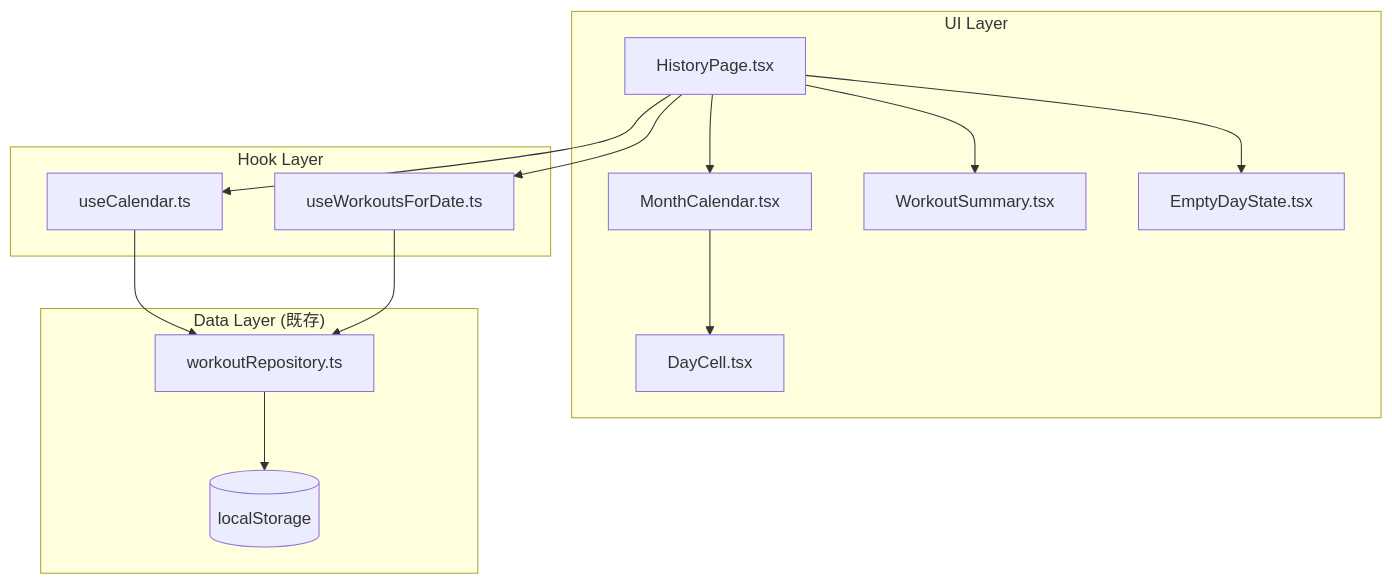
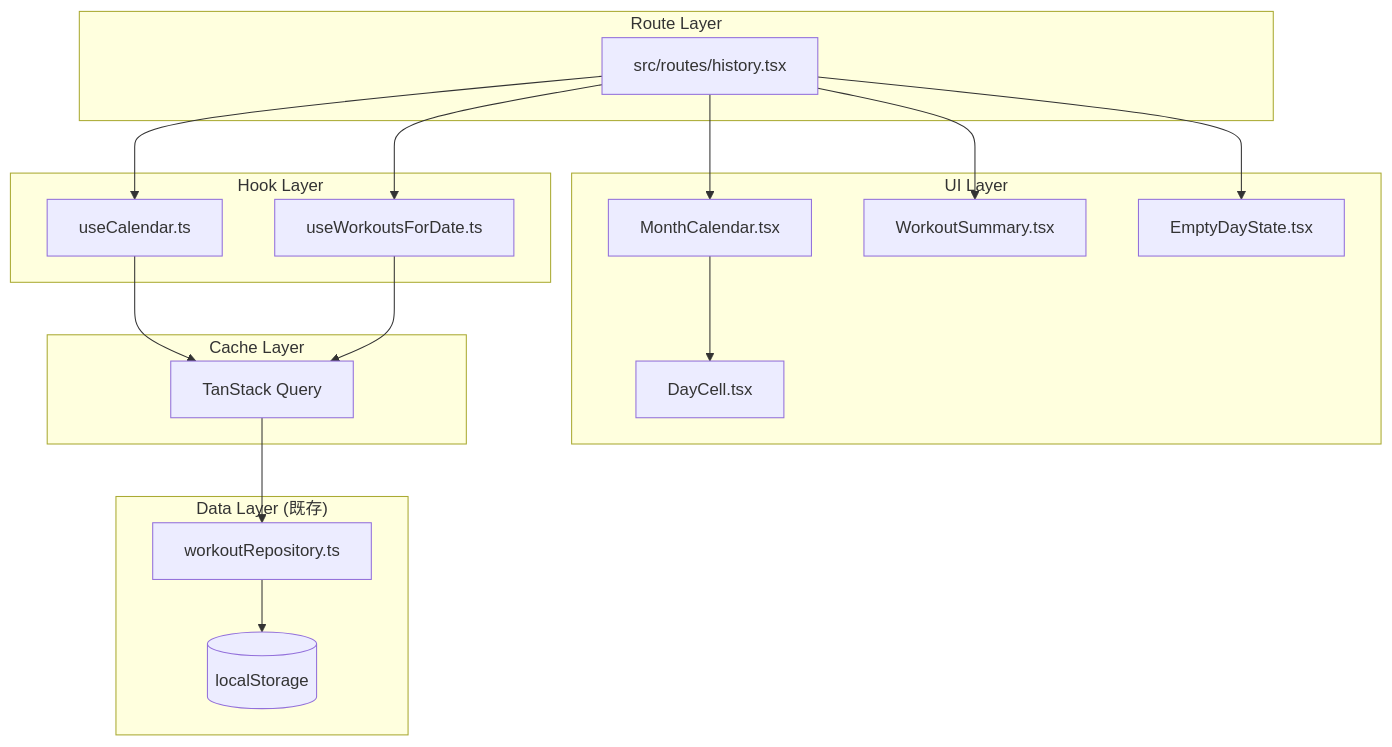
One commit to SakumaTakuya/gymini changed the diagram in .sdd/specification/history/index_design.md. Above: the diagram before and after it, drawn with Mermaid. The commit also changed other lines of this file and 1 other file, not shown here.

````diff
--- a/.sdd/specification/history/index_design.md
+++ b/.sdd/specification/history/index_design.md
@@ -65,32 +68,40 @@
 ```mermaid
 graph TD
+    subgraph "Route Layer"
+        HR[src/routes/history.tsx]
+    end
+
     subgraph "UI Layer"
-        HP[HistoryPage.tsx]
         MC[MonthCalendar.tsx]
         WS_C[WorkoutSummary.tsx]
         EDS[EmptyDayState.tsx]
         DC[DayCell.tsx]
     end
 
     subgraph "Hook Layer"
         UC[useCalendar.ts]
         UWD[useWorkoutsForDate.ts]
     end
 
+    subgraph "Cache Layer"
+        TQ[TanStack Query]
+    end
+
     subgraph "Data Layer (既存)"
         WR[workoutRepository.ts]
         LS[(localStorage)]
     end
 
-    HP --> UC
-    HP --> UWD
-    HP --> MC
-    HP --> WS_C
-    HP --> EDS
+    HR --> UC
+    HR --> UWD
+    HR --> MC
+    HR --> WS_C
+    HR --> EDS
 
     MC --> DC
 
-    UC --> WR
-    UWD --> WR
+    UC --> TQ
+    UWD --> TQ
+    TQ --> WR
     WR --> LS
 ```
````
